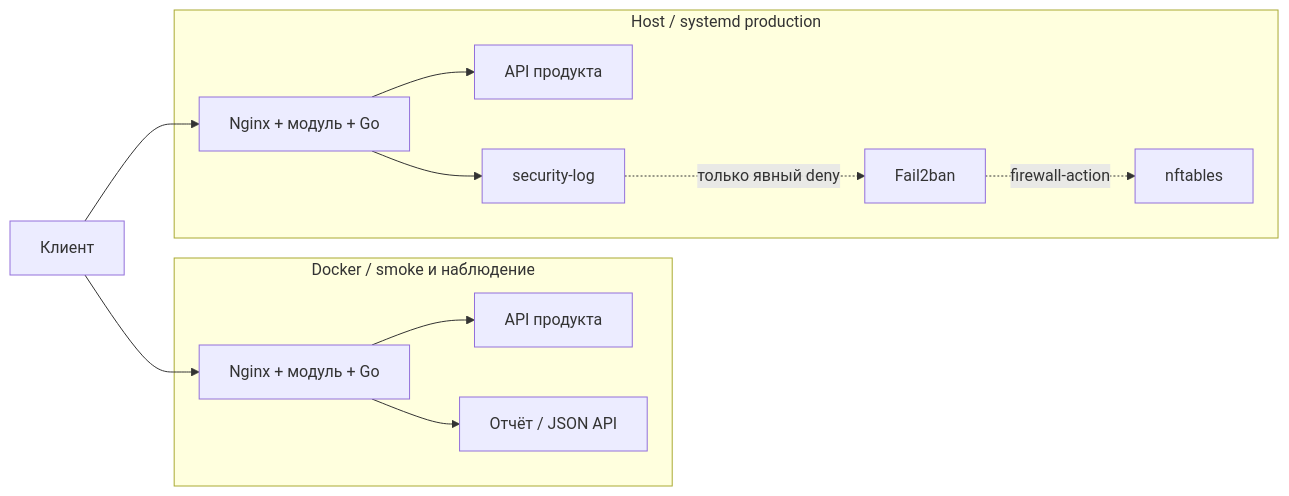
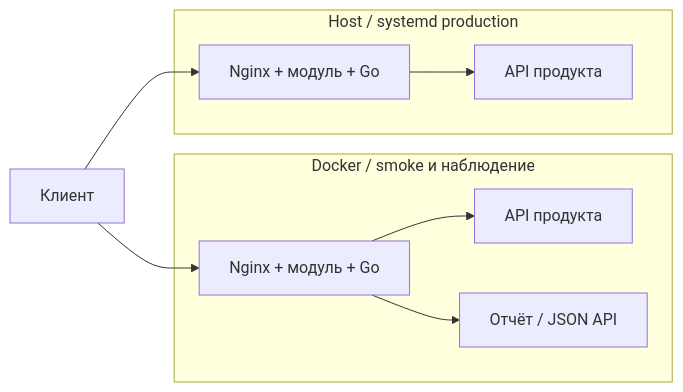
One commit to rbelshevitz/httpfin changed the second of 5 diagrams in docs/ARCHITECTURE.ru.md. Above: the diagram before and after it, drawn with Mermaid. The commit also changed other lines of this file and 35 other files, not shown here.

Commit message:
Remove anti-bot and Fail2ban scope

````diff
--- a/docs/ARCHITECTURE.ru.md
+++ b/docs/ARCHITECTURE.ru.md
@@ -38,24 +38,18 @@
 ```mermaid
 flowchart LR
     C[Клиент]
     subgraph D[Docker / smoke и наблюдение]
         DN[Nginx + модуль + Go]
         DA[API продукта]
         DR[Отчёт / JSON API]
         DN --> DA
         DN --> DR
     end
     subgraph H[Host / systemd production]
         HN[Nginx + модуль + Go]
         HA[API продукта]
-        HL[security-log]
-        HF[Fail2ban]
-        HW[nftables]
         HN --> HA
-        HN --> HL
-        HL -. только явный deny .-> HF
-        HF -. firewall-action .-> HW
     end
     C --> DN
     C --> HN
 ```
````
